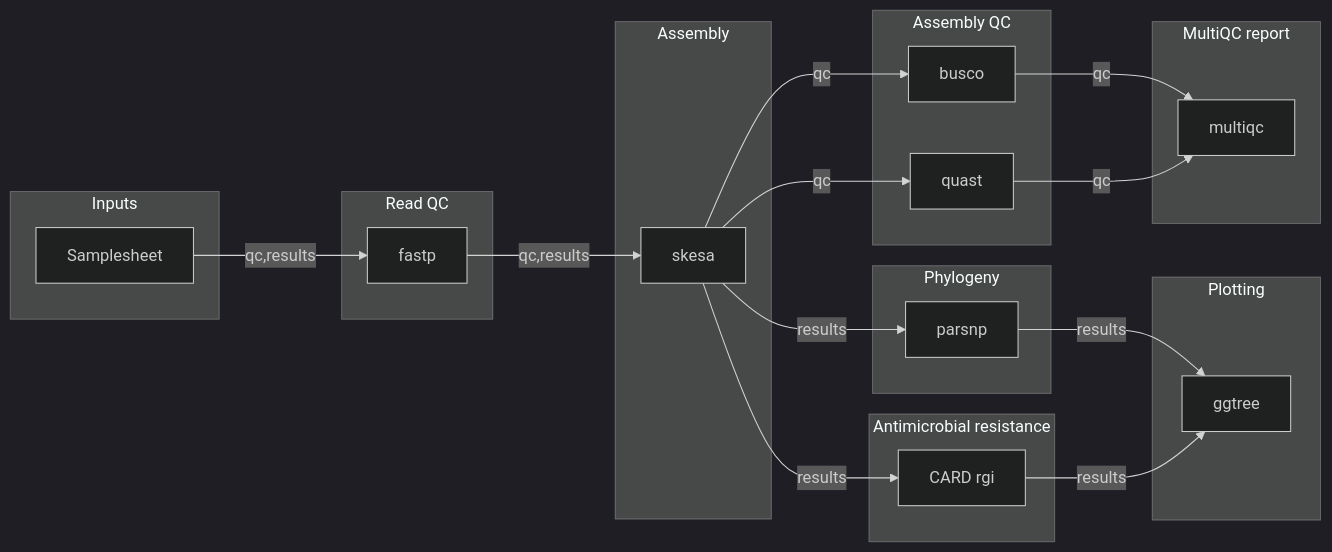
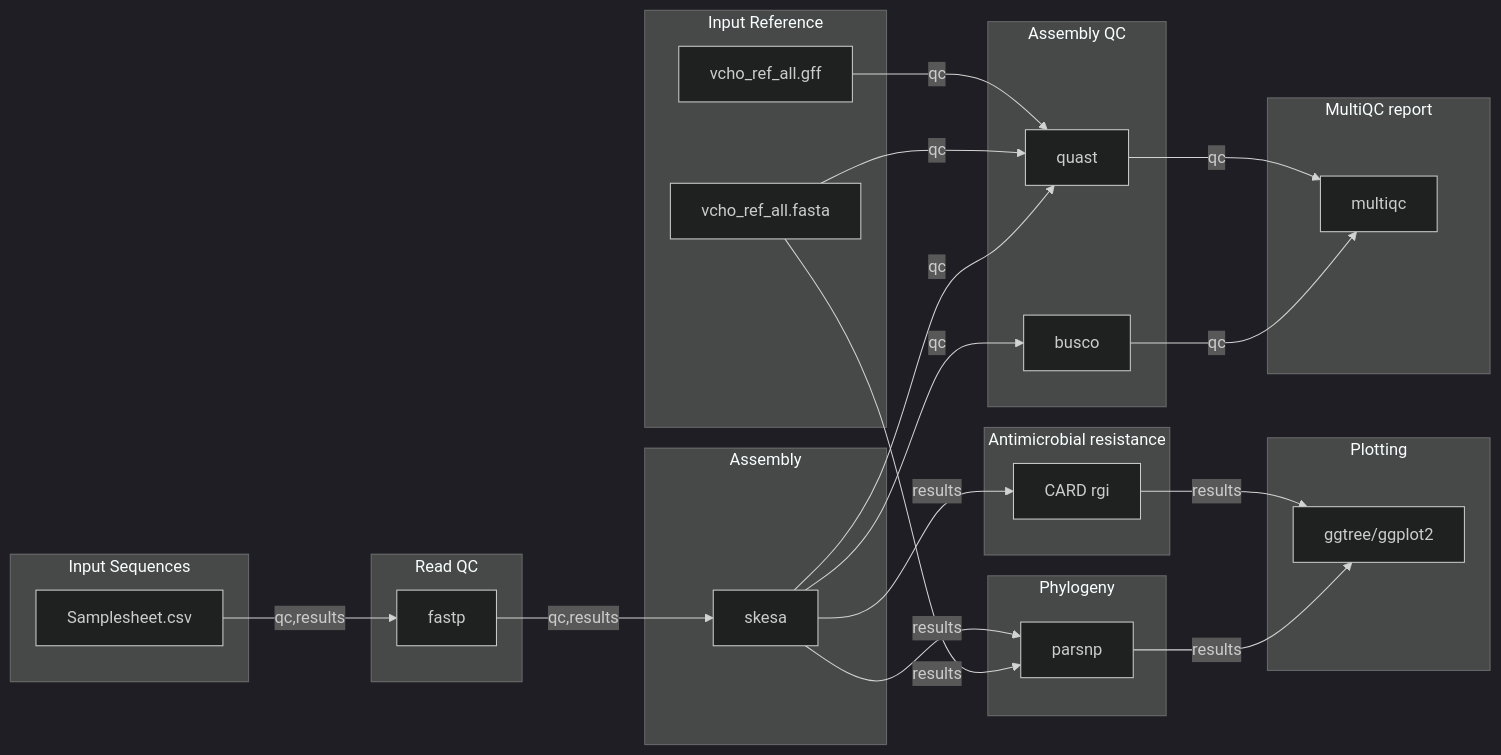
The diagram in assets/pipeline.mmd (notreallyryan/BIOF_501A_project), drawn with Mermaid (dark theme) before and after one commit. The commit also changed 2 other files, not shown here.

```diff
--- a/assets/pipeline.mmd
+++ b/assets/pipeline.mmd
@@ -1,58 +1,67 @@
 %%metro title: V. cholerae pipeline
 %%metro line: qc | Quality control | #2196F3
 %%metro line: results | Results | #E64A19
 %%metro track_gap: 2
 
-%%metro grid: inputs      | 0,1
-%%metro grid: read_qc     | 1,1
-%%metro grid: assembly    | 2,1
-%%metro grid: assembly_qc | 3,1
-%%metro grid: amr         | 3,2
-%%metro grid: phylogeny   | 3,3
-%%metro grid: report      | 4,0
-%%metro grid: plotting    | 4,3
+%%metro grid: input_fastq      | 0,1
+%%metro grid: read_qc          | 1,1
+%%metro grid: assembly         | 2,1
+%%metro grid: input_reference  | 1,3
+%%metro grid: assembly_qc      | 3,0
+%%metro grid: amr              | 3,1
+%%metro grid: phylogeny        | 3,2
+%%metro grid: report           | 4,0
+%%metro grid: plotting         | 4,2
 
 graph LR
-    subgraph inputs [Inputs]
-        samplesheet[Samplesheet]
+    subgraph input_fastq [Input Sequences]
+        samplesheet[Samplesheet.csv]
+    end
+
+    subgraph input_reference [Input Reference]
+        reference[vcho_ref_all.fasta]
+        gff[vcho_ref_all.gff]
     end
 
     subgraph read_qc [Read QC]
         fastp[fastp]
     end
 
     subgraph assembly [Assembly]
         skesa[skesa]
     end
 
     subgraph assembly_qc [Assembly QC]
         busco[busco]
         quast[quast]
     end
 
     subgraph amr [Antimicrobial resistance]
         rgi_main[CARD rgi]
     end
 
     subgraph phylogeny [Phylogeny]
         parsnp[parsnp]
     end
 
     subgraph plotting [Plotting]
-        r_plot[ggtree]
+        r_plot[ggtree/ggplot2]
     end
 
     subgraph report [MultiQC report]
         multiqc[multiqc]
     end
 
     samplesheet -->|qc,results| fastp
     fastp -->|qc,results| skesa
     skesa -->|qc| busco
     skesa -->|qc| quast
     busco -->|qc| multiqc
     quast -->|qc| multiqc
+    reference -->|qc| quast
+    gff -->|qc| quast
+    reference -->|results| parsnp
     skesa -->|results| rgi_main
     skesa -->|results| parsnp
     parsnp -->|results| r_plot
     rgi_main -->|results| r_plot
```
